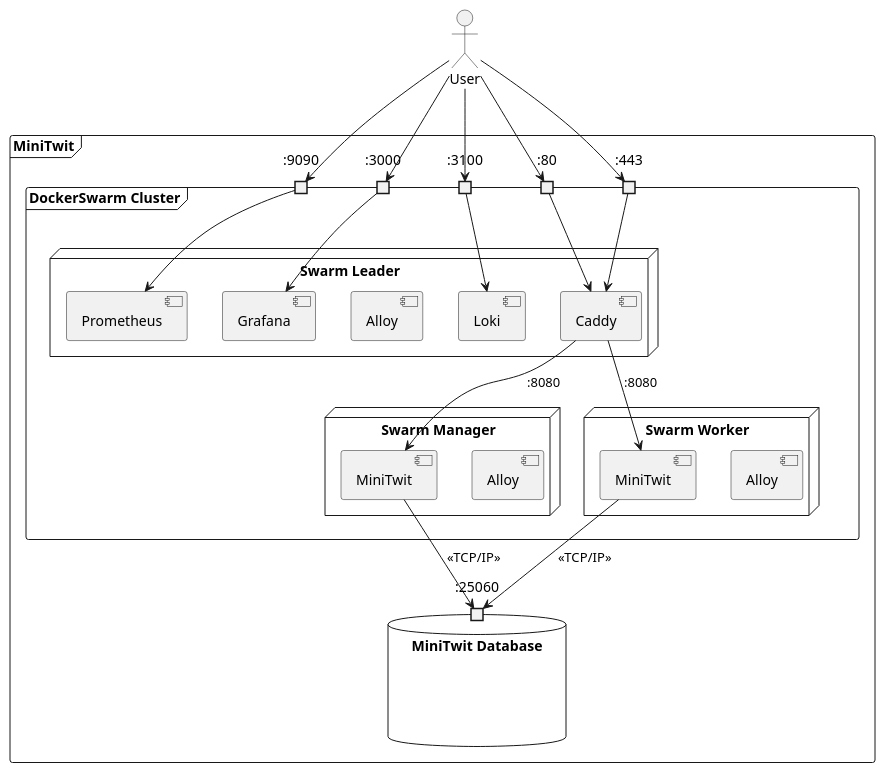
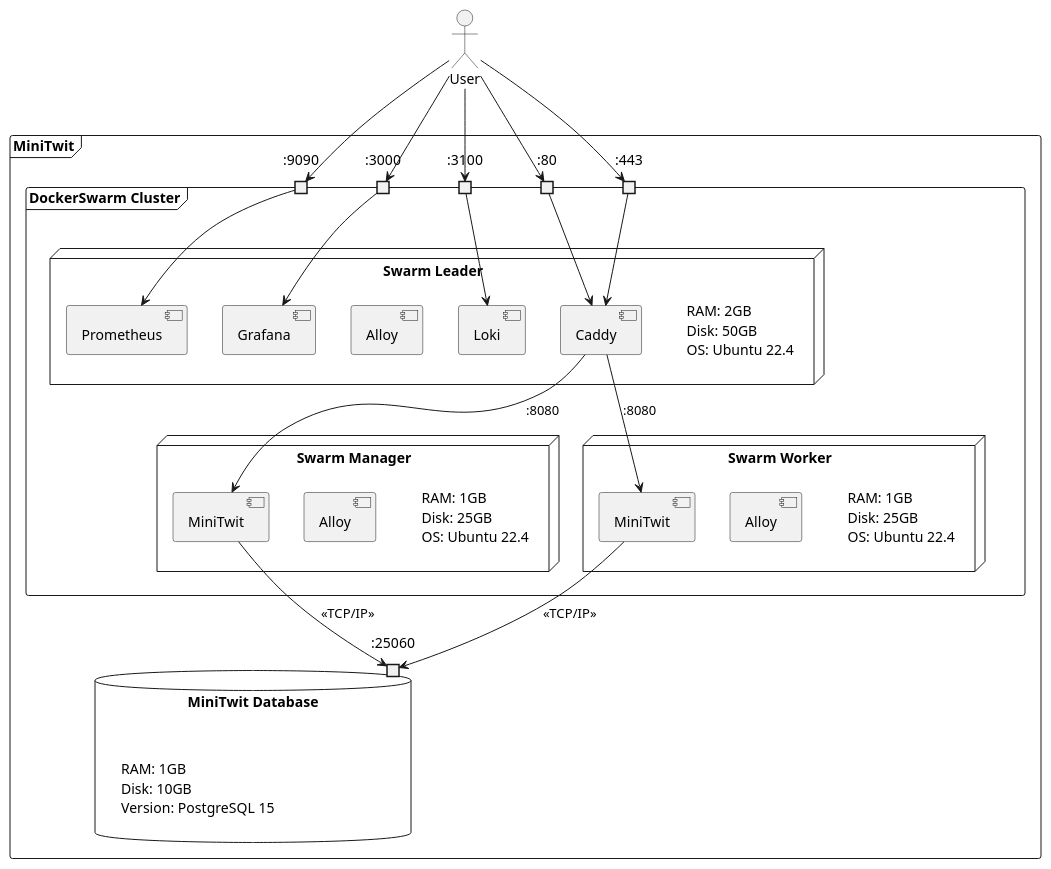
Before and after one commit to DevBobs-devops/Devbobs_MiniTwit: the diagram in report/src/diagrams/deployment-2.puml, drawn with PlantUML.

Commit message:
report: even more deployment version 2

```diff
--- a/report/src/diagrams/deployment-2.puml
+++ b/report/src/diagrams/deployment-2.puml
@@ -1,70 +1,70 @@
 @startuml 
 
 actor User
 
 frame "MiniTwit"{
 
     frame "DockerSwarm Cluster" as DockerSwarm{
          
          
         port ":9090" as 9090
         port ":3000" as 3000
         port ":3100" as 3100
         port ":80"   as 80
         port ":443"  as 443
 
         node "Swarm Leader" as leader {
+            label "RAM: 2GB\nDisk: 50GB \nOS: Ubuntu 22.4 " as label_0
 
-                component Grafana
-                component Loki
-                component Alloy as alloy_0
-                component Prometheus 
-                component Caddy
+            component Grafana
+            component Loki
+            component Alloy as alloy_0
+            component Prometheus                 
+            component Caddy
         }
 
-        
-        
-            node "Swarm Manager" as manager {
-
+    
+            node "Swarm Manager" as manager_1 {
+                label "RAM: 1GB\nDisk: 25GB \nOS: Ubuntu 22.4 " as label_1
                 component Alloy as alloy_1
                 component MiniTwit as minitwit_0
             
             }
 
             node "Swarm Worker" as worker {
-
+                label "RAM: 1GB\nDisk: 25GB \nOS: Ubuntu 22.4 " as label_2
                 component Alloy as alloy_2
                 component MiniTwit as minitwit_1
             
             }
     
 
 }    
 
     database "MiniTwit Database" as db{
-        port ":25060" as 25060
-        
-        
+        label "RAM: 1GB \nDisk: 10GB \nVersion: PostgreSQL 15"
+        port ":25060" as 25060        
     }
 }
+
 
 
 User --> 80 
 User --> 443 
 User --> 9090
 User --> 3000
 User --> 3100 
 3000 --> Grafana 
 3100 --> Loki
 9090 --> Prometheus
 80 --> Caddy
 443 --> Caddy 
 
 
 Caddy --> minitwit_0 : :8080 
 Caddy --> minitwit_1 : :8080 
 minitwit_0 --> 25060 : <<TCP/IP>>
 minitwit_1 --> 25060 : <<TCP/IP>>
 
 
 @enduml
```
